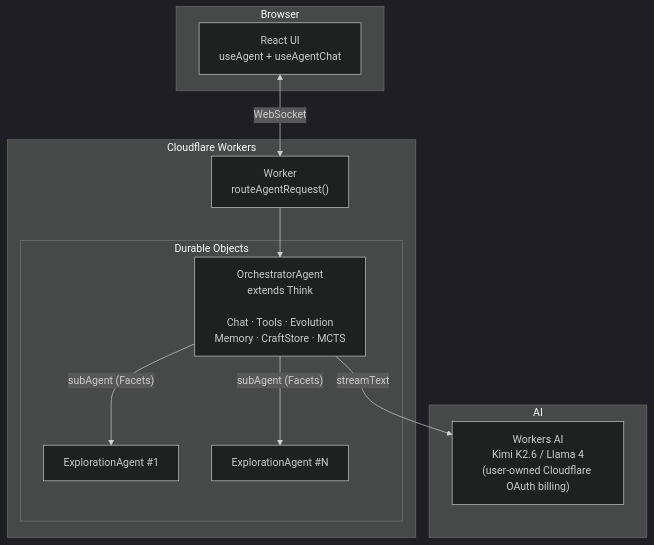
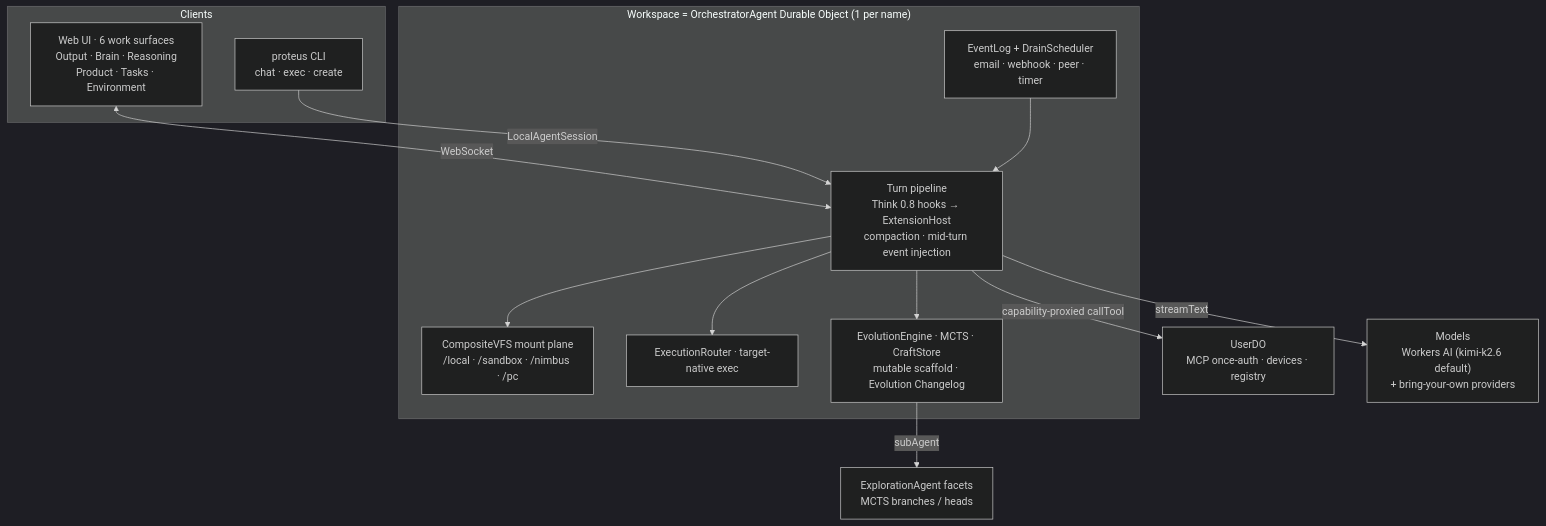
The diagram in README.md (AshishKumar4/Proteus), drawn with Mermaid (dark theme) before and after one commit. The commit also changed other lines of this file and 2 other files, not shown here.

````diff
--- a/README.md
+++ b/README.md
@@ -11,25 +13,29 @@
 ```mermaid
 graph TB
-    subgraph "Browser"
-        UI["React UI<br/>useAgent + useAgentChat"]
+    subgraph Clients
+        UI["Web UI · 6 work surfaces<br/>Output · Brain · Reasoning<br/>Product · Tasks · Environment"]
+        CLI["proteus CLI<br/>chat · exec · create"]
     end
 
-    subgraph "Cloudflare Workers"
-        Worker["Worker<br/>routeAgentRequest()"]
-        subgraph "Durable Objects"
-            Orch["OrchestratorAgent<br/>extends Think<br/><br/>Chat · Tools · Evolution<br/>Memory · CraftStore · MCTS"]
-            E1["ExplorationAgent #1"]
-            E2["ExplorationAgent #N"]
-        end
+    subgraph WS["Workspace = OrchestratorAgent Durable Object (1 per name)"]
+        Turn["Turn pipeline<br/>Think 0.8 hooks → ExtensionHost<br/>compaction · mid-turn event injection"]
+        VFS["CompositeVFS mount plane<br/>/local · /sandbox · /nimbus · /pc"]
+        Exec["ExecutionRouter · target-native exec"]
+        Evo["EvolutionEngine · MCTS · CraftStore<br/>mutable scaffold · Evolution Changelog"]
+        Events["EventLog + DrainScheduler<br/>email · webhook · peer · timer"]
     end
 
-    subgraph "AI"
-        Model["Workers AI<br/>Kimi K2.6 / Llama 4<br/>(user-owned Cloudflare OAuth billing)"]
-    end
+    Heads["ExplorationAgent facets<br/>MCTS branches / heads"]
+    UserDO["UserDO<br/>MCP once-auth · devices · registry"]
+    Model["Models<br/>Workers AI (kimi-k2.6 default)<br/>+ bring-your-own providers"]
 
-    UI <-->|WebSocket| Worker
-    Worker --> Orch
-    Orch -->|"subAgent (Facets)"| E1
-    Orch -->|"subAgent (Facets)"| E2
-    Orch -->|streamText| Model
+    UI <-->|WebSocket| Turn
+    CLI -->|LocalAgentSession| Turn
+    Turn --> VFS
+    Turn --> Exec
+    Turn --> Evo
+    Events --> Turn
+    Evo -->|subAgent| Heads
+    Turn -->|capability-proxied callTool| UserDO
+    Turn -->|streamText| Model
 ```
````
